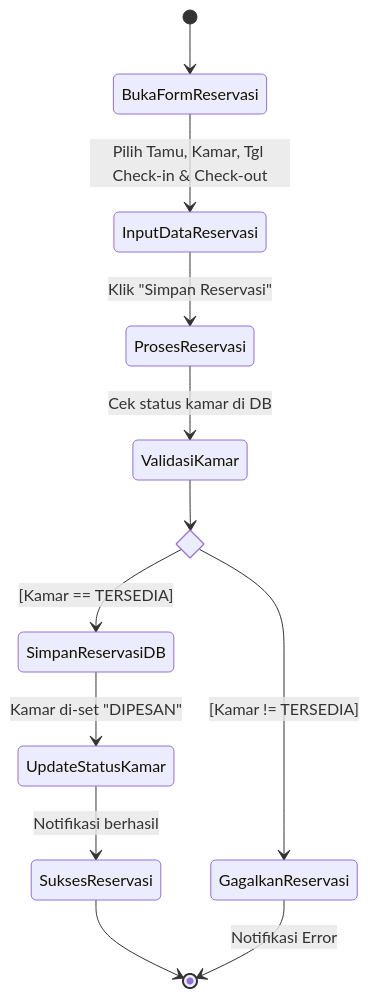
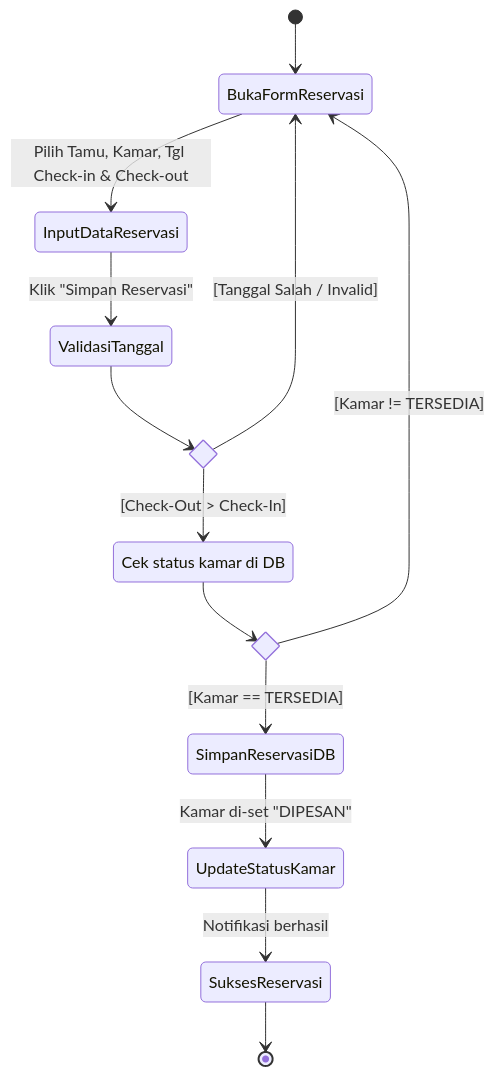
The fifth of 8 diagrams in UML_Diagrams/activity_diagrams_use_cases.md (Rynfrl/HotelReservation), drawn with Mermaid before and after one commit. The commit also changed 5 other files, not shown here.

Commit message:
docs: user refined UML mermaid diagrams with date validation and sequence fixes

````diff
--- a/UML_Diagrams/activity_diagrams_use_cases.md
+++ b/UML_Diagrams/activity_diagrams_use_cases.md
@@ -127,20 +127,23 @@
 ```mermaid
 stateDiagram-v2
     [*] --> BukaFormReservasi
     BukaFormReservasi --> InputDataReservasi : Pilih Tamu, Kamar, Tgl Check-in & Check-out
-    InputDataReservasi --> ProsesReservasi : Klik "Simpan Reservasi"
+    InputDataReservasi --> ValidasiTanggal : Klik "Simpan Reservasi"
     
-    ProsesReservasi --> ValidasiKamar : Cek status kamar di DB
+    state isTanggalValid <<choice>>
+    ValidasiTanggal --> isTanggalValid
     
+    isTanggalValid --> ValidasiKamarDB : [Check-Out > Check-In]
+    isTanggalValid --> BukaFormReservasi : [Tanggal Salah / Invalid]
+    
+    ValidasiKamarDB : Cek status kamar di DB
     state isTersedia <<choice>>
-    ValidasiKamar --> isTersedia
+    ValidasiKamarDB --> isTersedia
     
     isTersedia --> SimpanReservasiDB : [Kamar == TERSEDIA]
-    isTersedia --> GagalkanReservasi : [Kamar != TERSEDIA]
+    isTersedia --> BukaFormReservasi : [Kamar != TERSEDIA]
     
     SimpanReservasiDB --> UpdateStatusKamar : Kamar di-set "DIPESAN"
     UpdateStatusKamar --> SuksesReservasi : Notifikasi berhasil
     SuksesReservasi --> [*]
-    
-    GagalkanReservasi --> [*] : Notifikasi Error
 ```
````
